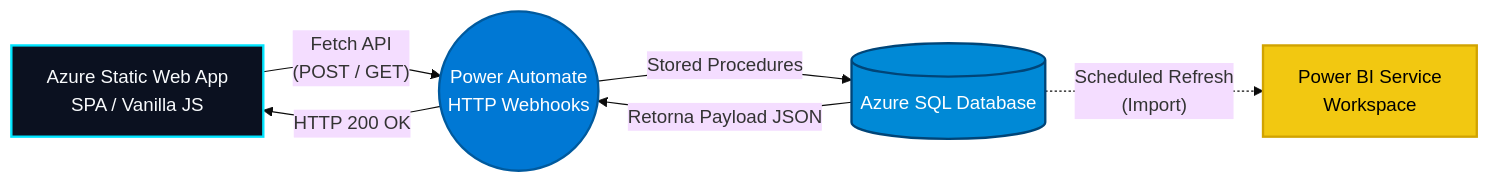
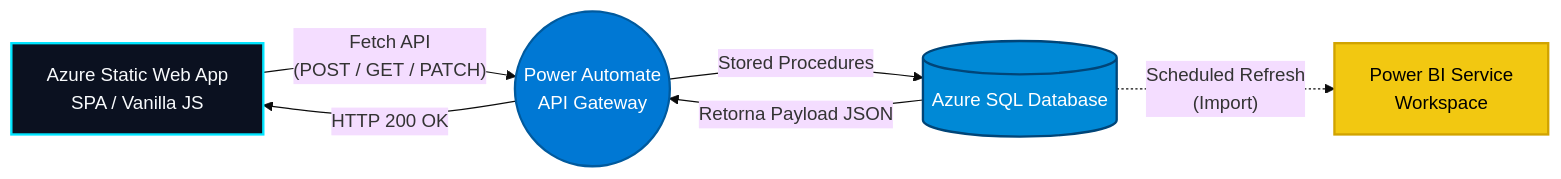
One commit to GabrielVieiraDL/personal-job-tracker changed the diagram in README.md. Above: the diagram before and after it, drawn with Mermaid (base theme). The commit also changed other lines of this file, not shown here.

````diff
--- a/README.md
+++ b/README.md
@@ -48,14 +94,14 @@
 ```mermaid
 graph LR
-    A[Azure Static Web App<br>SPA / Vanilla JS] -- Fetch API<br>(POST / GET) --> B((Power Automate<br>HTTP Webhooks))
+    A[Azure Static Web App<br>SPA / Vanilla JS] -- Fetch API<br>(POST / GET / PATCH) --> B((Power Automate<br>API Gateway))
     B -- Stored Procedures --> C[(Azure SQL Database)]
     C -- Retorna Payload JSON --> B
     B -- HTTP 200 OK --> A
     
     C -. Scheduled Refresh<br>(Import) .-> D[Power BI Service<br>Workspace]
     
     style A fill:#0B1120,stroke:#00E5FF,stroke-width:2px,color:#F8FAFC
     style B fill:#0078D4,stroke:#005A9E,stroke-width:2px,color:#FFFFFF
     style C fill:#0089D6,stroke:#004578,stroke-width:2px,color:#FFFFFF
     style D fill:#F2C811,stroke:#D1A300,stroke-width:2px,color:#000000
 ```
````
